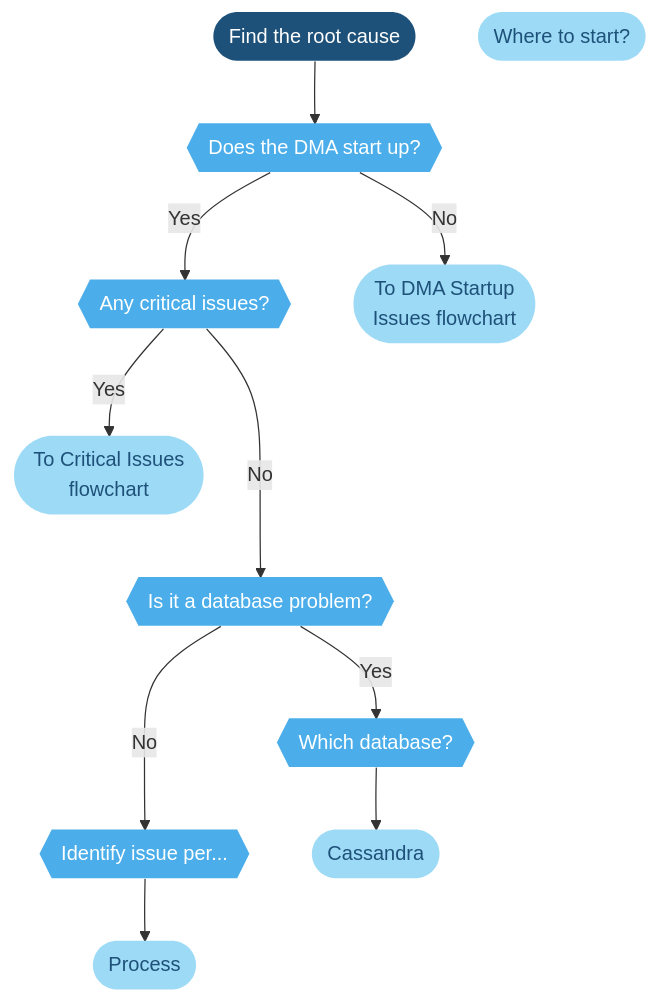
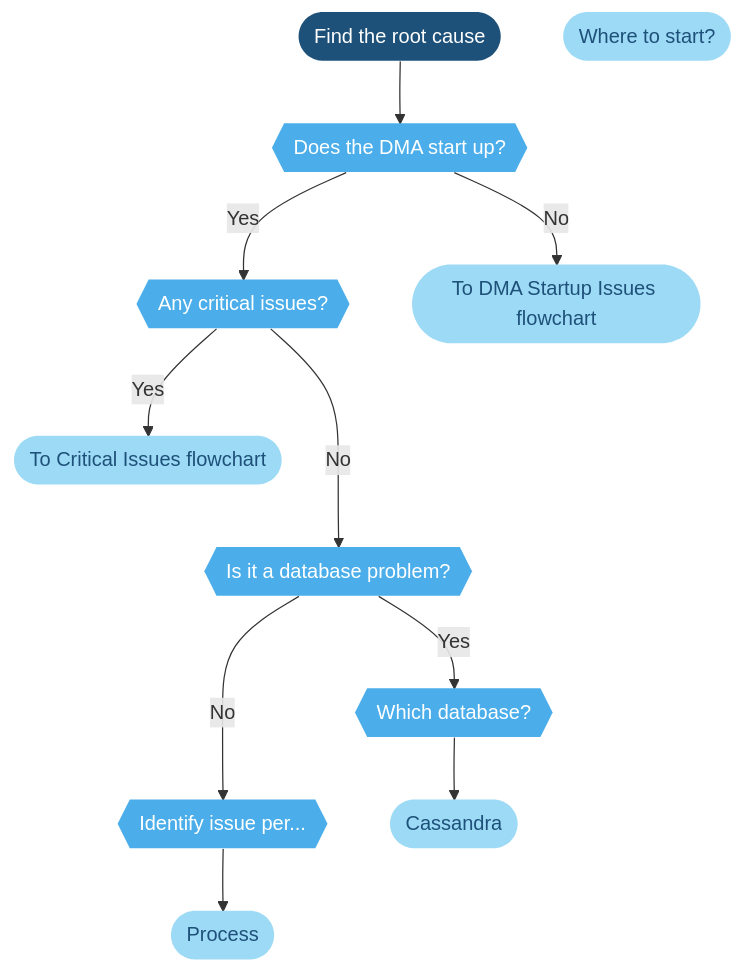
Before and after one commit to santiagoalz/dataminer-docs: the diagram in user-guide/Troubleshooting/Flowcharts/Finding_a_root_cause.md, drawn with Mermaid. The commit also changed other lines of this file, not shown here.

```diff
--- a/user-guide/Troubleshooting/Flowcharts/Finding_a_root_cause.md
+++ b/user-guide/Troubleshooting/Flowcharts/Finding_a_root_cause.md
@@ -24,60 +13,52 @@
 <div class="mermaid">
-graph TD
-
-%% Define styles %%
-
-classDef classTerminal fill:#1e5179,stroke:#1e5179,color:#ffffff,stroke-width:0px;
-classDef classDecision fill:#4baeea,stroke:#4baeea,color:#ffffff,stroke-width:0px;
-classDef classExternalRef fill:#9ddaf5,stroke:#9ddaf5,color:#1E5179,stroke-width:0px;
-classDef classActionClickable fill:#999999,stroke:#999999,color:#ffffff,stroke-width:0px;
-classDef classAction fill:#dddddd,stroke:#dddddd,color:#1E5179,stroke-width:0px;
-classDef classSolution fill:#58595b,stroke:#58595b,color:#ffffff,stroke-width:0px;
-
-%% Define blocks %%
-START([Find the root cause])
-Investigate([Where to start?])
-CheckStartup{{Does the DMA start up?}}
-CHECK1{{Any critical issues? }}
-identify{{Identify issue per... }}
-DatabaseFlowcharts{{Is it a database problem?}}
-WhichDb{{Which database?}}
-
-DMAStartupIssues([To DMA Startup &lt;br>Issues flowchart])
-critical([To Critical Issues &lt;br>flowchart])
-
-ProcessFlowcharts([Process])
-
-Cassandra([Cassandra])
-
-%% Connect blocks %%
-
-START --> CheckStartup
-
-CheckStartup -->|Yes| CHECK1
-CheckStartup --> |No| DMAStartupIssues
-
-CHECK1 --> |Yes| critical
-CHECK1 ---> |No| DatabaseFlowcharts
-
-DatabaseFlowcharts -->|Yes|WhichDb
-DatabaseFlowcharts --->|No|identify 
-
-identify --> ProcessFlowcharts
-
-WhichDb --> Cassandra
-
-%% Define hyperlinks %%
-     click CHECK1 "https://community.dataminer.services/troubleshooting-finding-a-root-cause/#critexamples" "examples of critical issues"
-	 click critical "/troubleshooting-critical-issues-overview/" "To critical issues flowchart"
-	 click DMAStartupIssues "/troubleshooting-dataminer-start-up-issues/" "DMA Startup Issues"
-	 click ProcessFlowcharts "/troubleshooting-process-identification/" "Process identification"
-	 click WhichDb "https://community.dataminer.services/troubleshooting-finding-a-root-cause/#whichdb" "Identify the Database"
-	 click Cassandra "https://community.dataminer.services/troubleshooting-cassandra/" "Troubleshooting Cassandra"
-     click Investigate "/documentation/troubleshooting-where-to-start/" "Where to start investigating?"
-
-%% Apply styles to blocks %% 
-
-class START classTerminal; 
-class WhichDb,DatabaseFlowcharts,CheckStartup,CHECK1,identify classDecision;
-class Investigate,Cassandra,DMAStartupIssues,critical,ProcessFlowcharts classExternalRef;
+    flowchart TD
+        %% Define styles %%
+        
+        classDef classTerminal fill:#1e5179,stroke:#1e5179,color:#ffffff,stroke-width:0px;
+        classDef classDecision fill:#4baeea,stroke:#4baeea,color:#ffffff,stroke-width:0px;
+        classDef classExternalRef fill:#9ddaf5,stroke:#9ddaf5,color:#1E5179,stroke-width:0px;
+        classDef classActionClickable fill:#999999,stroke:#999999,color:#ffffff,stroke-width:0px;
+        classDef classAction fill:#dddddd,stroke:#dddddd,color:#1E5179,stroke-width:0px;
+        classDef classSolution fill:#58595b,stroke:#58595b,color:#ffffff,stroke-width:0px;
+        
+        %% Define blocks %%
+        START([Find the root cause])
+        Investigate([Where to start?])
+        CheckStartup{{Does the DMA start up?}}
+        CHECK1{{Any critical issues? }}
+        identify{{Identify issue per... }}
+        DatabaseFlowcharts{{Is it a database problem?}}
+        WhichDb{{Which database?}}
+        DMAStartupIssues([To DMA Startup Issues flowchart])
+        critical([To Critical Issues flowchart])
+        ProcessFlowcharts([Process])
+        Cassandra([Cassandra])
+        
+        %% Connect blocks %%
+        
+        START --> CheckStartup
+        CheckStartup -->|Yes| CHECK1
+        CheckStartup --> |No| DMAStartupIssues
+        CHECK1 --> |Yes| critical
+        CHECK1 ---> |No| DatabaseFlowcharts
+        DatabaseFlowcharts -->|Yes|WhichDb
+        DatabaseFlowcharts --->|No|identify 
+        identify --> ProcessFlowcharts
+        WhichDb --> Cassandra
+        
+        %% Define hyperlinks %%
+        
+        click CHECK1 "https://community.dataminer.services/troubleshooting-finding-a-root-cause/#critexamples" "examples of critical issues"
+        click critical "/troubleshooting-critical-issues-overview/" "To critical issues flowchart"
+        click DMAStartupIssues "/troubleshooting-dataminer-start-up-issues/" "DMA Startup Issues"
+        click ProcessFlowcharts "/troubleshooting-process-identification/" "Process identification"
+        click WhichDb "https://community.dataminer.services/troubleshooting-finding-a-root-cause/#whichdb" "Identify the Database"
+        click Cassandra "https://community.dataminer.services/troubleshooting-cassandra/" "Troubleshooting Cassandra"
+        click Investigate "/documentation/troubleshooting-where-to-start/" "Where to start investigating?"
+        
+        %% Apply styles to blocks %% 
+        
+        class START classTerminal; 
+        class WhichDb,DatabaseFlowcharts,CheckStartup,CHECK1,identify classDecision;
+        class Investigate,Cassandra,DMAStartupIssues,critical,ProcessFlowcharts classExternalRef;
 </div>
```
